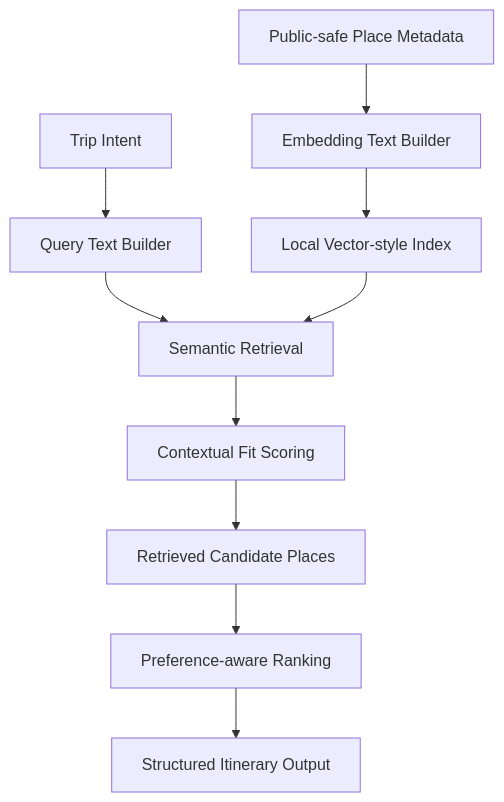
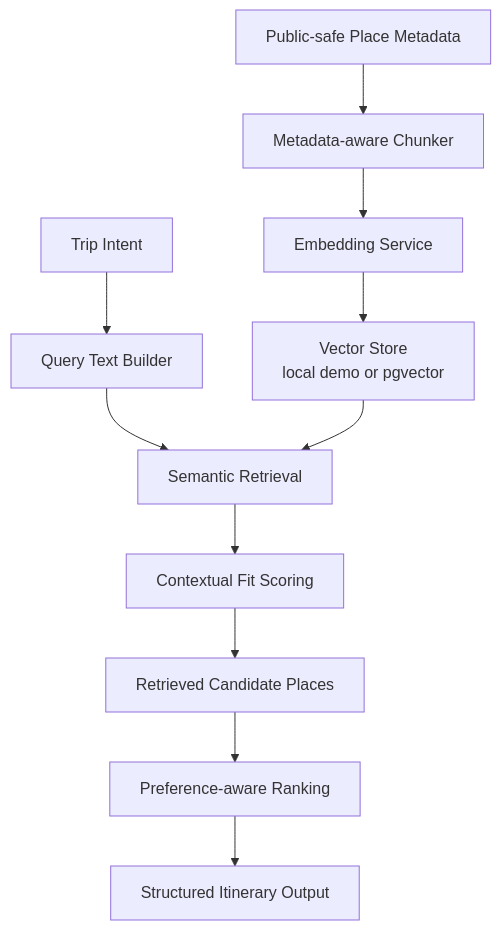
One commit to PRRanavvv/WayFinder-Labs changed the diagram in docs/RETRIEVAL_LAYER.md. Above: the diagram before and after it, drawn with Mermaid. The commit also changed other lines of this file and 23 other files, not shown here.

````diff
--- a/docs/RETRIEVAL_LAYER.md
+++ b/docs/RETRIEVAL_LAYER.md
@@ -9,12 +9,13 @@
 ```mermaid
 flowchart TD
   Intent["Trip Intent"] --> Query["Query Text Builder"]
-  Metadata["Public-safe Place Metadata"] --> Text["Embedding Text Builder"]
-  Text --> Index["Local Vector-style Index"]
+  Metadata["Public-safe Place Metadata"] --> Chunker["Metadata-aware Chunker"]
+  Chunker --> Embed["Embedding Service"]
+  Embed --> Index["Vector Store<br/>local demo or pgvector"]
   Query --> Search["Semantic Retrieval"]
   Index --> Search
   Search --> Context["Contextual Fit Scoring"]
   Context --> Candidates["Retrieved Candidate Places"]
   Candidates --> Ranking["Preference-aware Ranking"]
   Ranking --> Itinerary["Structured Itinerary Output"]
 ```
````
